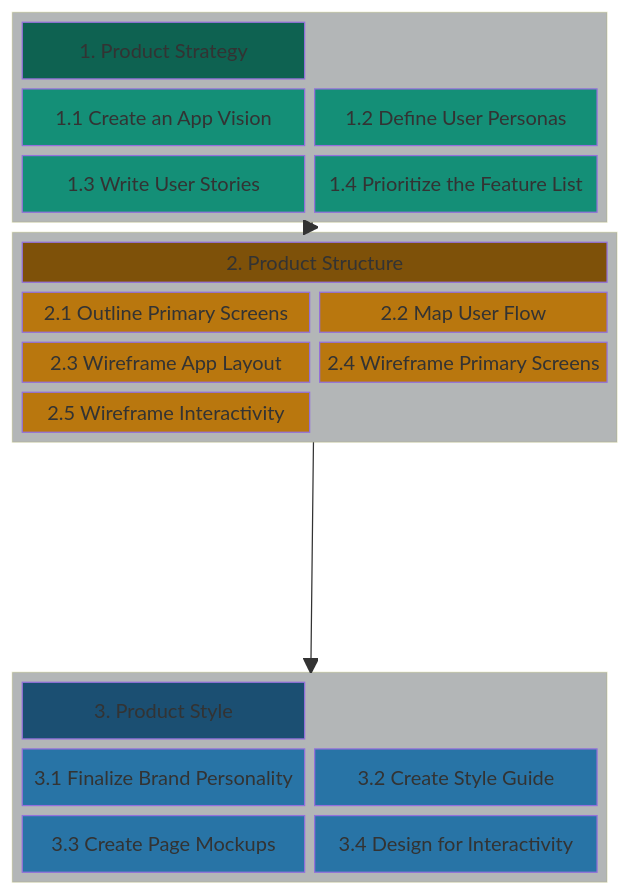
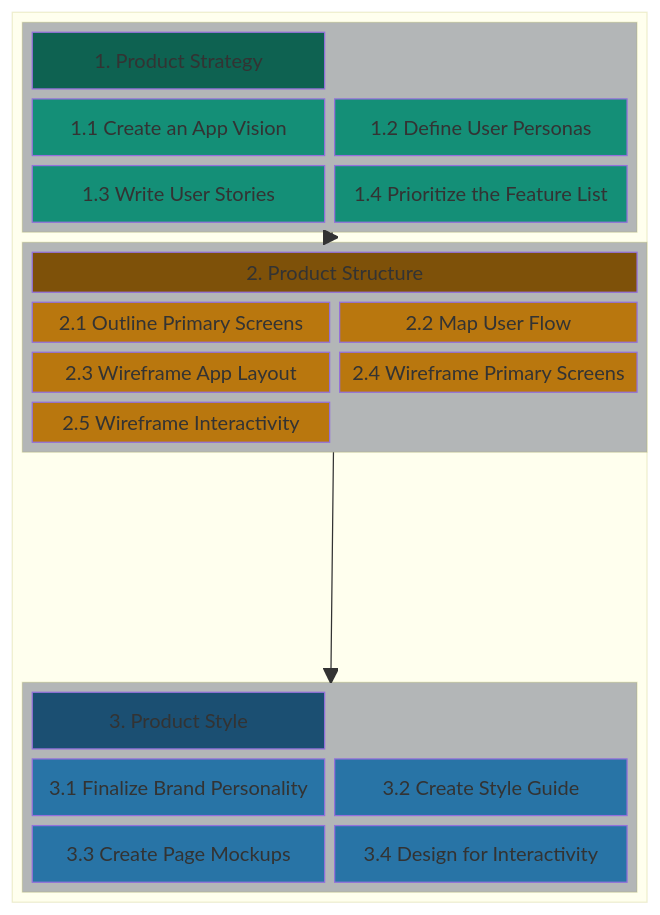
One commit to chingu-voyages/Handbook changed the diagram in docs/resources/techresources/uiux.md. Above: the diagram before and after it, drawn with Mermaid.

Commit message:
Feature: Add UI/UX workflow process template

````diff
--- a/docs/resources/techresources/uiux.md
+++ b/docs/resources/techresources/uiux.md
@@ -15,54 +15,57 @@
 ```mermaid
 block-beta
 columns 1
-  block:STRATEGY
-    columns 2
-    A["1. Product Strategy"]:2
-    B["1.1 Create an App Vision"]
-    C["1.2 Define User Personas"]
-    D["1.3 Write User Stories"]
-    E["1.4 Prioritize the Feature List"]
+  block:FRAME
+  columns 1
+    block:STRATEGY
+      columns 2
+      A["1. Product Strategy"]:2
+      B["1.1 Create an App Vision"]
+      C["1.2 Define User Personas"]
+      D["1.3 Write User Stories"]
+      E["1.4 Prioritize the Feature List"]
+    end
+    block:STRUCTURE
+      columns 2
+      G["2. Product Structure"]:2
+      H["2.1 Outline Primary Screens"]
+      I["2.2 Map User Flow"]
+      J["2.3 Wireframe App Layout"]
+      K["2.4 Wireframe Primary Screens"]
+      L["2.5 Wireframe Interactivity"]
+    end
+    STRATEGY --> STRUCTURE
+    space
+    block:STYLE
+      columns 2
+      M["3. Product Style"]:2
+      N["3.1 Finalize Brand Personality"]
+      O["3.2 Create Style Guide"]
+      P["3.3 Create Page Mockups"]
+      Q["3.4 Design for Interactivity"]
+    end
+    STRUCTURE --> STYLE
   end
-  block:STRUCTURE
-    columns 2
-    G["2. Product Structure"]:2
-    H["2.1 Outline Primary Screens"]
-    I["2.2 Map User Flow"]
-    J["2.3 Wireframe App Layout"]
-    K["2.4 Wireframe Primary Screens"]
-    L["2.5 Wireframe Interactivity"]
-  end
-  STRATEGY --> STRUCTURE
-  space
-  block:STYLE
-    columns 2
-    M["3. Product Style"]:2
-    N["3.1 Finalize Brand Personality"]
-    O["3.2 Create Style Guide"]
-    P["3.3 Create Page Mockups"]
-    Q["3.4 Design for Interactivity"]
-  end
-  STRUCTURE --> STYLE
   style A fill:#0e6251
   style B fill:#148f77
   style C fill:#148f77
   style D fill:#148f77
   style E fill:#148f77
 
   style G fill:#7e5109
   style H fill:#b9770e
   style I fill:#b9770e
   style J fill:#b9770e
   style K fill:#b9770e
   style L fill:#b9770e
 
   style M fill:#1b4f72
   style N fill:#2874a6
   style O fill:#2874a6
   style P fill:#2874a6
   style Q fill:#2874a6
 
   style STRATEGY fill:#b3b6b7
   style STRUCTURE fill:#b3b6b7
   style STYLE fill:#b3b6b7
 ```
````
